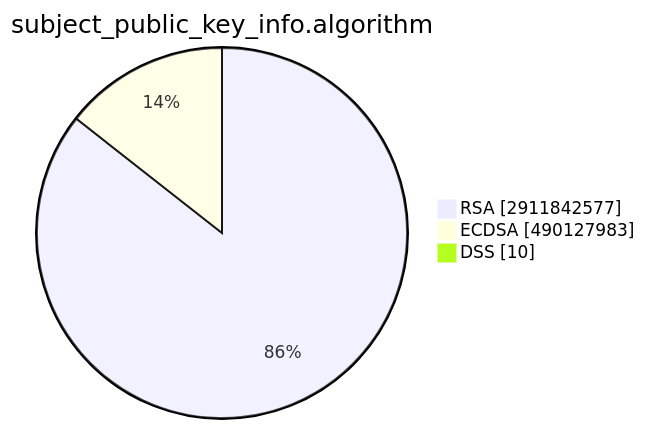
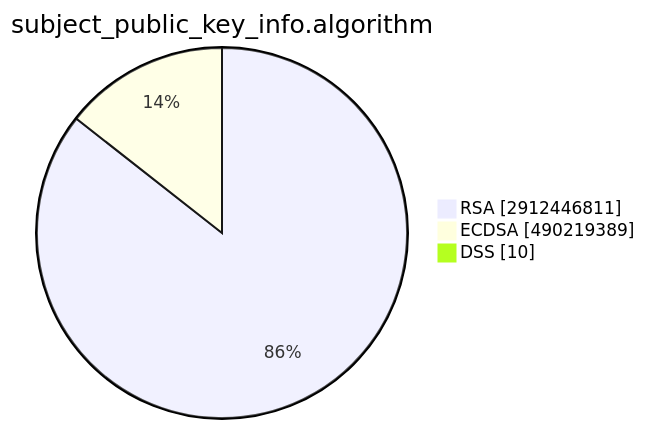
The second of 15 diagrams in TOTAL/README.md (christiankrug/ctmonitor_visualization), drawn with Mermaid before and after one commit. The commit also changed other lines of this file, not shown here.

````diff
--- a/TOTAL/README.md
+++ b/TOTAL/README.md
@@ -6,7 +6,7 @@
 ```mermaid
 pie showData
 title subject_public_key_info.algorithm
-"RSA" :2911842577
-"ECDSA" :490127983
+"RSA" :2912446811
+"ECDSA" :490219389
 "DSS" :10
 ```
````
